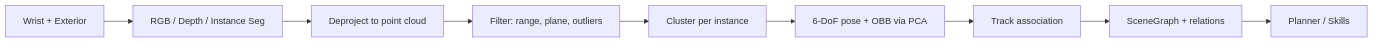
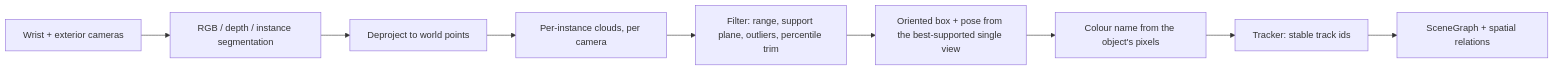
Before and after one commit to hirenmp10/capstone-team-178: the fourth of 5 diagrams in ARCHITECTURE.md, drawn with Mermaid. The commit also changed other lines of this file and 3 other files, not shown here.

````diff
--- a/ARCHITECTURE.md
+++ b/ARCHITECTURE.md
@@ -306,11 +309,11 @@
 ```mermaid
 flowchart LR
-    A[Wrist + Exterior] --> B[RGB / Depth / Instance Seg]
-    B --> C[Deproject to point cloud]
-    C --> D[Filter: range, plane, outliers]
-    D --> E[Cluster per instance]
-    E --> F[6-DoF pose + OBB via PCA]
-    F --> G[Track association]
-    G --> H[SceneGraph + relations]
-    H --> I[Planner / Skills]
+    A[Wrist + exterior cameras] --> B[RGB / depth / instance segmentation]
+    B --> C[Deproject to world points]
+    C --> D[Per-instance clouds, per camera]
+    D --> E[Filter: range, support plane, outliers, percentile trim]
+    E --> F[Oriented box + pose from the best-supported single view]
+    F --> G[Colour name from the object's pixels]
+    G --> H[Tracker: stable track ids]
+    H --> I[SceneGraph + spatial relations]
 ```
````
